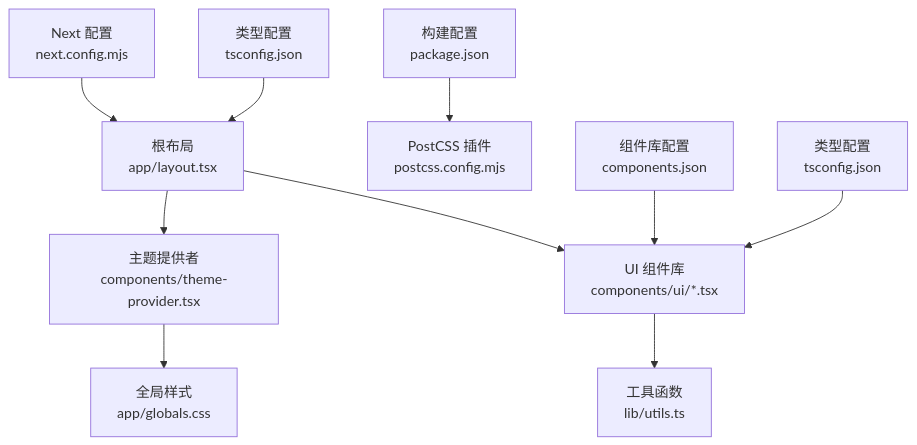
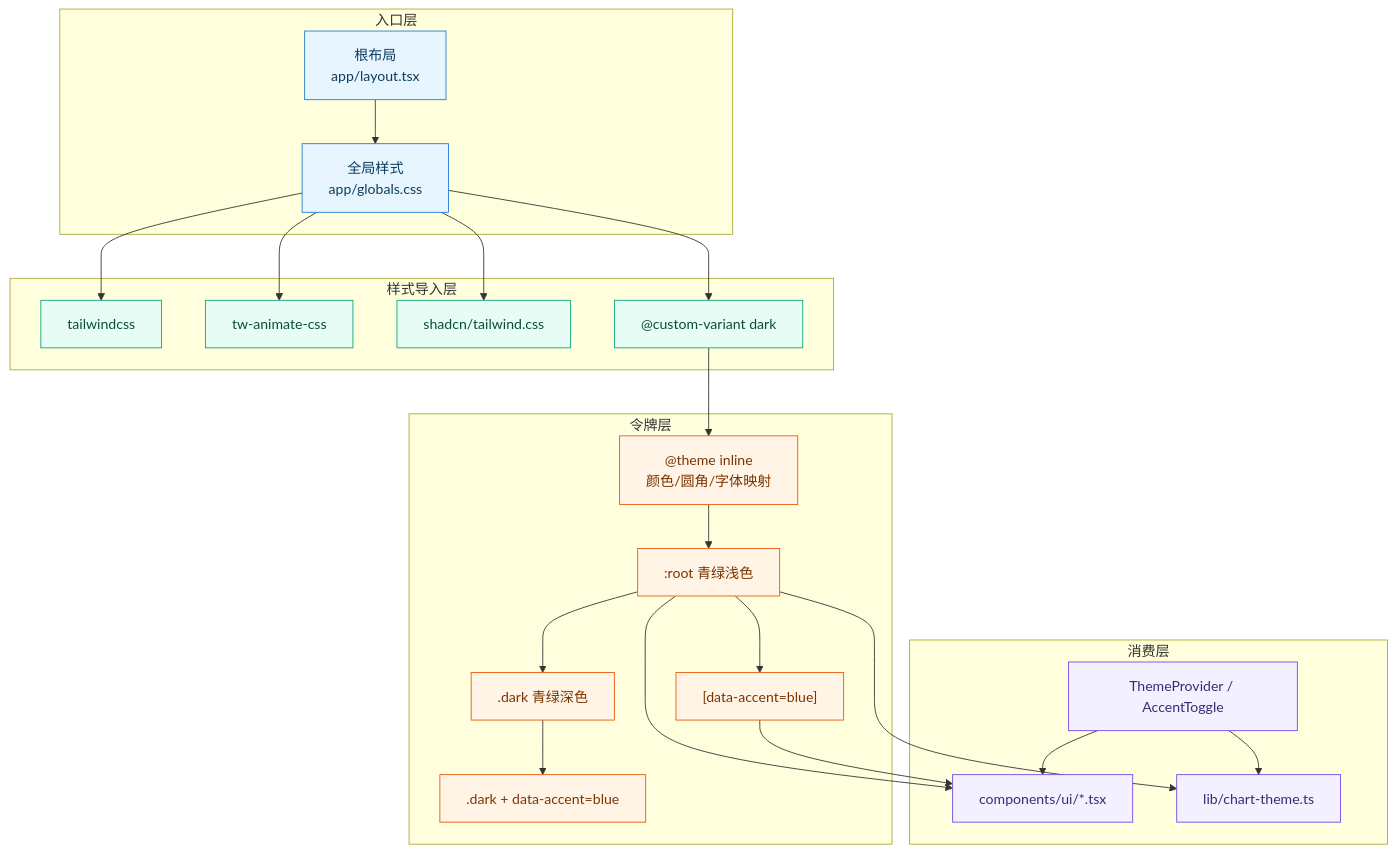
The first of 6 diagrams in docs/前端管理界面/Next.js 架构设计/根布局与主题系统.md (x01n/My-OpenWaf), drawn with Mermaid before and after one commit. The commit also changed other lines of this file and 622 other files, not shown here.

````diff
--- a/docs/前端管理界面/Next.js 架构设计/根布局与主题系统.md
+++ b/docs/前端管理界面/Next.js 架构设计/根布局与主题系统.md
@@ -51,12 +103,48 @@
 ```mermaid
-graph TB
-A["根布局<br/>app/layout.tsx"] --> B["主题提供者<br/>components/theme-provider.tsx"]
-B --> C["全局样式<br/>app/globals.css"]
-A --> D["UI 组件库<br/>components/ui/*.tsx"]
-D --> E["工具函数<br/>lib/utils.ts"]
-F["构建配置<br/>package.json"] --> G["PostCSS 插件<br/>postcss.config.mjs"]
-H["Next 配置<br/>next.config.mjs"] --> A
-I["组件库配置<br/>components.json"] --> D
-J["类型配置<br/>tsconfig.json"] --> A
-K["类型配置<br/>tsconfig.json"] --> D
+flowchart TB
+  subgraph ENTRY["入口层"]
+    RL["根布局<br/>app/layout.tsx"]
+    GC["全局样式<br/>app/globals.css"]
+  end
+  subgraph IMPORTS["样式导入层"]
+    TW["tailwindcss"]
+    AN["tw-animate-css"]
+    SH["shadcn/tailwind.css"]
+    CV["@custom-variant dark"]
+  end
+  subgraph TOKENS["令牌层"]
+    TH["@theme inline<br/>颜色/圆角/字体映射"]
+    ROOT[":root 青绿浅色"]
+    DARK[".dark 青绿深色"]
+    BLUE["[data-accent=blue]"]
+    DBL[".dark + data-accent=blue"]
+  end
+  subgraph CONSUMERS["消费层"]
+    UI["components/ui/*.tsx"]
+    CT["lib/chart-theme.ts"]
+    PROV["ThemeProvider / AccentToggle"]
+  end
+  RL --> GC
+  GC --> TW
+  GC --> AN
+  GC --> SH
+  GC --> CV
+  CV --> TH
+  TH --> ROOT
+  ROOT --> DARK
+  ROOT --> BLUE
+  DARK --> DBL
+  ROOT --> UI
+  BLUE --> UI
+  ROOT --> CT
+  PROV --> UI
+  PROV --> CT
+  classDef entry fill:#e7f5ff,stroke:#1c7ed6,color:#0b3d5c
+  classDef imp fill:#e6fcf5,stroke:#0ca678,color:#084d3b
+  classDef tok fill:#fff4e6,stroke:#e8590c,color:#7a3400
+  classDef use fill:#f3f0ff,stroke:#7048e8,color:#3b2a72
+  class RL,GC entry
+  class TW,AN,SH,CV imp
+  class TH,ROOT,DARK,BLUE,DBL tok
+  class UI,CT,PROV use
 ```
````
